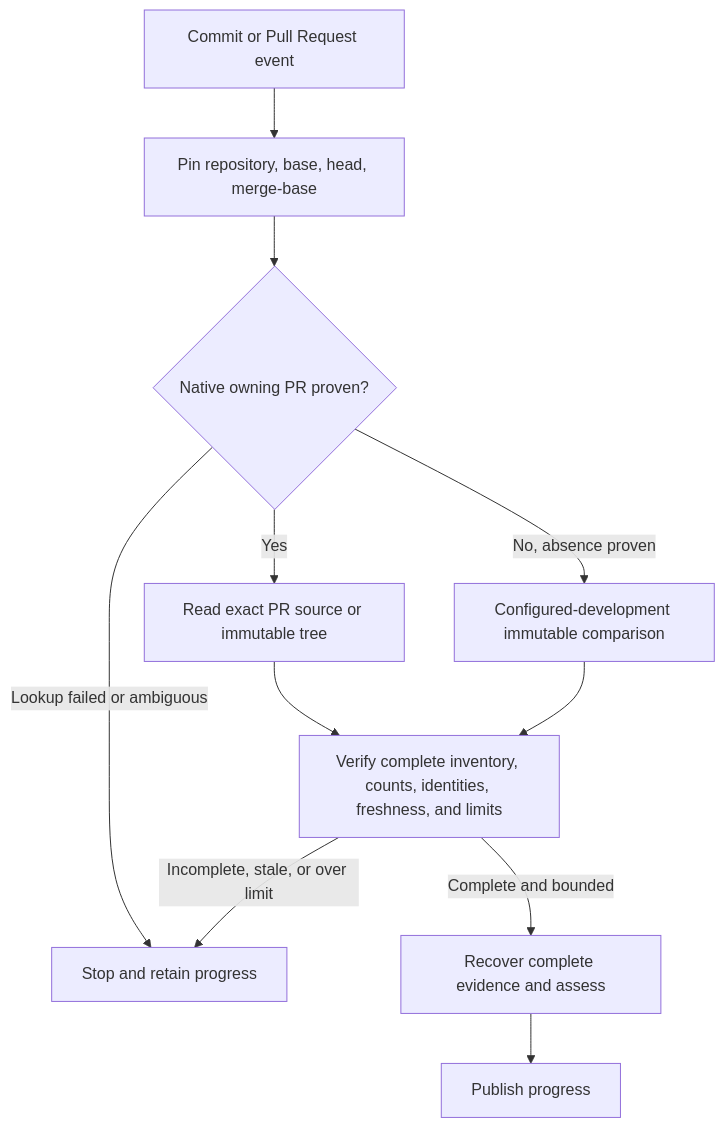
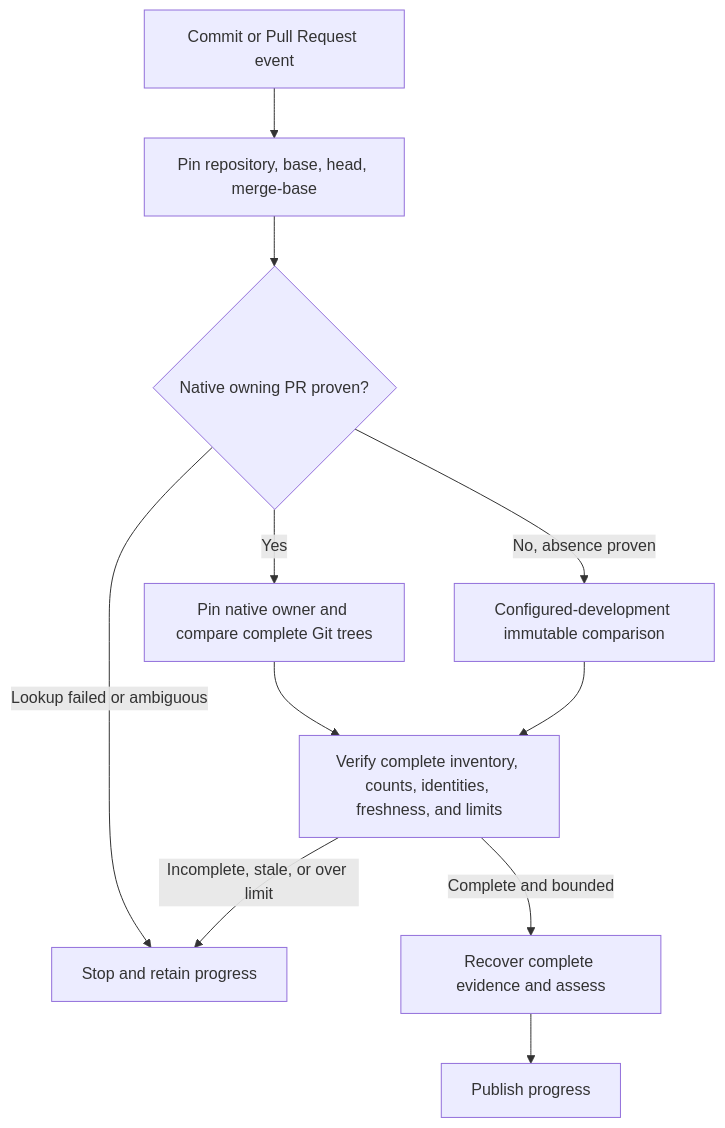
Before and after one commit to vypdev/copilot: the first of 2 diagrams in specs/complete-progress-comparison-inventory.md, drawn with Mermaid. The commit also changed other lines of this file and 42 other files, not shown here.

Commit message:
bugfix-838-complete-progress-assessment-for-comparisons-beyond-the-300-file-github-inventory-ceiling: assess complete immutable comparison inventories (#838)

````diff
--- a/specs/complete-progress-comparison-inventory.md
+++ b/specs/complete-progress-comparison-inventory.md
@@ -107,13 +106,13 @@
 ```mermaid
 flowchart TD
     A[Commit or Pull Request event] --> B[Pin repository, base, head, merge-base]
     B --> C{Native owning PR proven?}
-    C -->|Yes| D[Read exact PR source or immutable tree]
+    C -->|Yes| D[Pin native owner and compare complete Git trees]
     C -->|No, absence proven| E[Configured-development immutable comparison]
     C -->|Lookup failed or ambiguous| F[Stop and retain progress]
     D --> G[Verify complete inventory, counts, identities, freshness, and limits]
     E --> G
     G -->|Complete and bounded| H[Recover complete evidence and assess]
     G -->|Incomplete, stale, or over limit| F
     H --> I[Publish progress]
 ```
````
